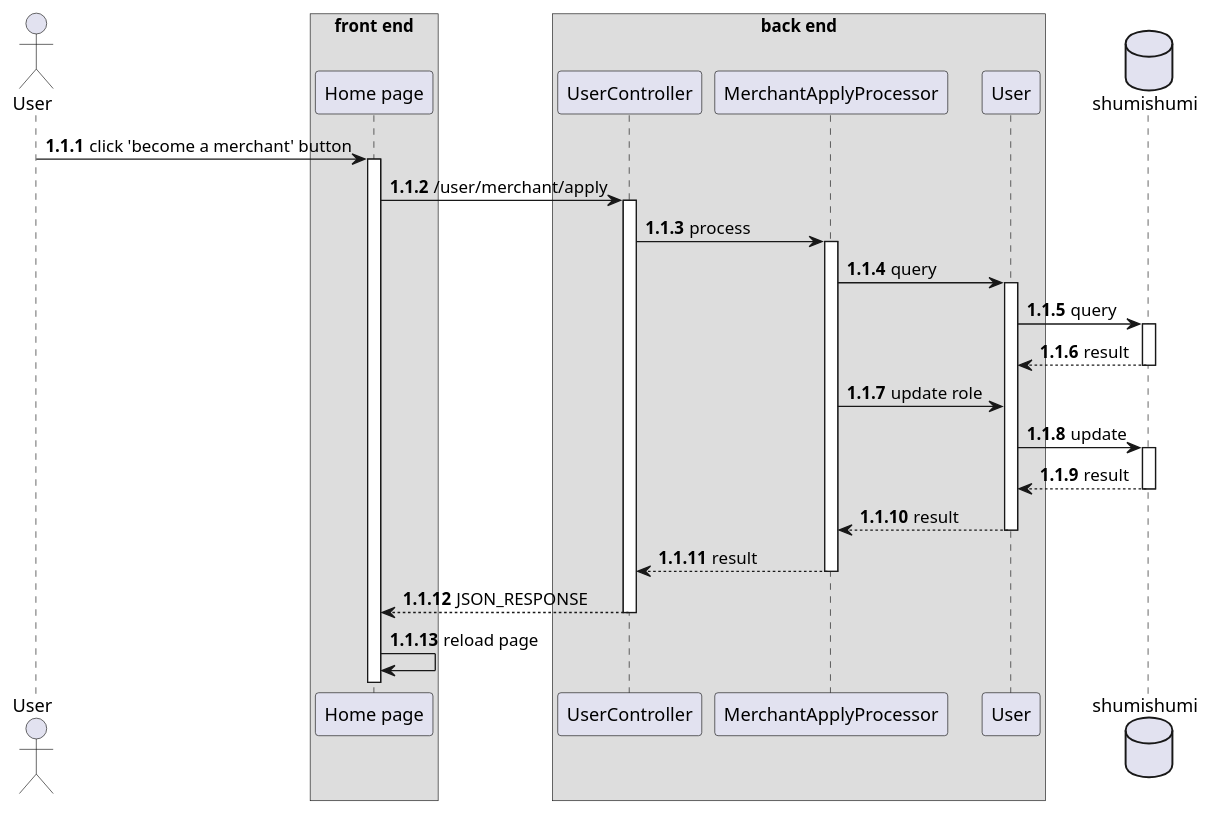
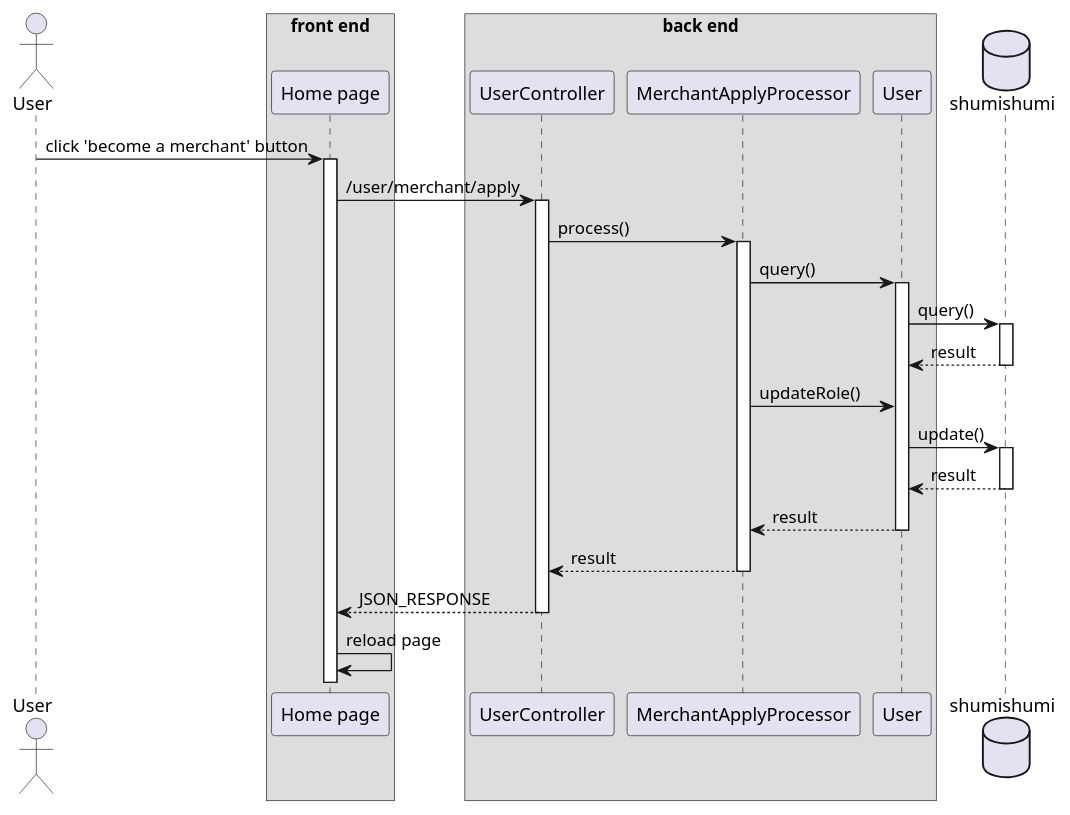
Before and after one commit to aldihsuhandi/skripsi-2023: the diagram in uml diagram/sequence diagram/8. become a merchant.pu, drawn with PlantUML. The commit also changed 68 other files, not shown here.

Commit message:
fix sequence diagram

```diff
--- a/uml diagram/sequence diagram/8. become a merchant.pu
+++ b/uml diagram/sequence diagram/8. become a merchant.pu
@@ -1,37 +1,37 @@
 @startuml become a merchant
-autonumber 1.1.1
+'autonumber 1.1.1
 
 actor User as u
 
 box "front end"
 participant "Home page" as home
 end box
 
 box "back end"
 participant "UserController" as uc
 participant "MerchantApplyProcessor" as applyproc
 
 participant "User" as um
 end box
 
 database shumishumi as db
 
 u -> home++ : click 'become a merchant' button
 home -> uc++ : /user/merchant/apply
-uc -> applyproc++ : process
-applyproc -> um++ : query 
-um -> db++ : query
+uc -> applyproc++ : process()
+applyproc -> um++ : query()
+um -> db++ : query()
 return result
 
-applyproc -> um : update role
-um -> db++ : update
+applyproc -> um : updateRole()
+um -> db++ : update()
 return result
 return result
 
 return result
 
 return JSON_RESPONSE
 
 home -> home : reload page
 
 @enduml
```
